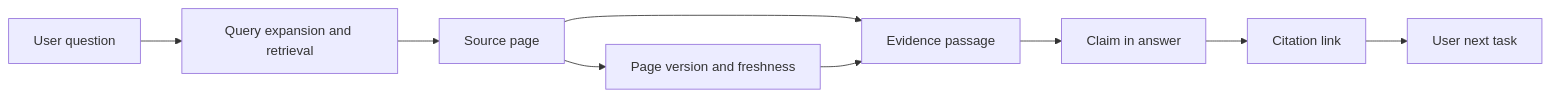
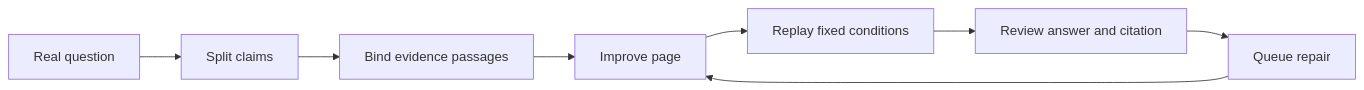
The first of 3 diagrams in src/content/writing/2026/08/seo-to-geo-engineering/en.md (Liyuk/liyuk.github.io), drawn with Mermaid before and after one commit. The commit also changed other lines of this file and 46 other files, not shown here.

````diff
--- a/src/content/writing/2026/08/seo-to-geo-engineering/en.md
+++ b/src/content/writing/2026/08/seo-to-geo-engineering/en.md
@@ -28,11 +78,10 @@
 ```mermaid
 flowchart LR
-  A[User question] --> B[Query expansion and retrieval]
-  B --> C[Source page]
-  C --> D[Evidence passage]
-  D --> E[Claim in answer]
-  E --> F[Citation link]
-  F --> G[User next task]
-  C --> H[Page version and freshness]
-  H --> D
+  A[Real question] --> B[Split claims]
+  B --> C[Bind evidence passages]
+  C --> D[Improve page]
+  D --> E[Replay fixed conditions]
+  E --> F[Review answer and citation]
+  F --> G[Queue repair]
+  G --> D
 ```
````
